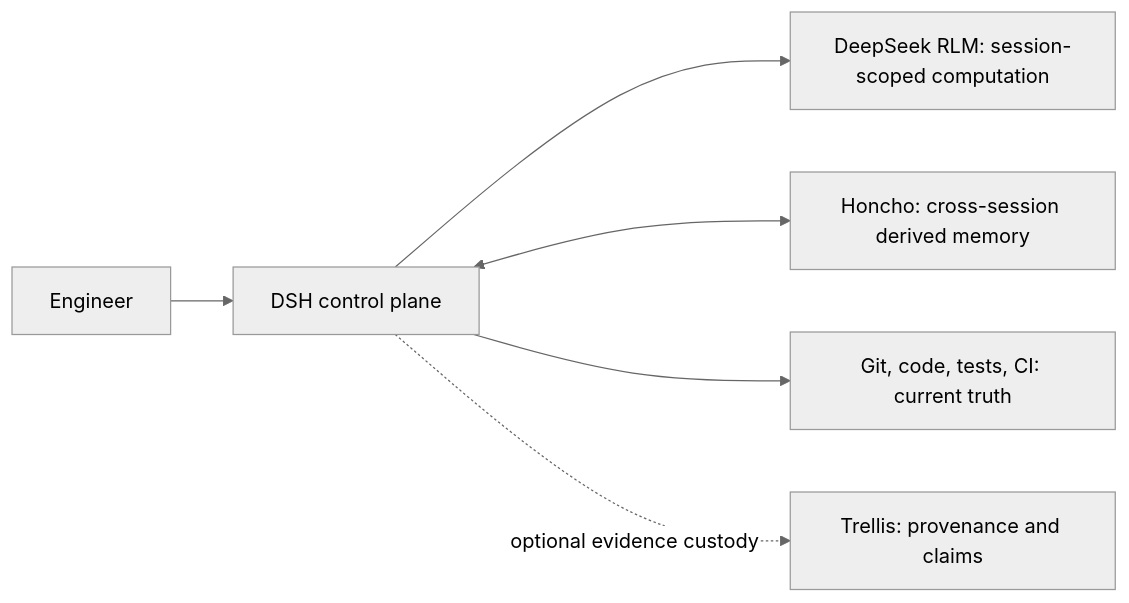
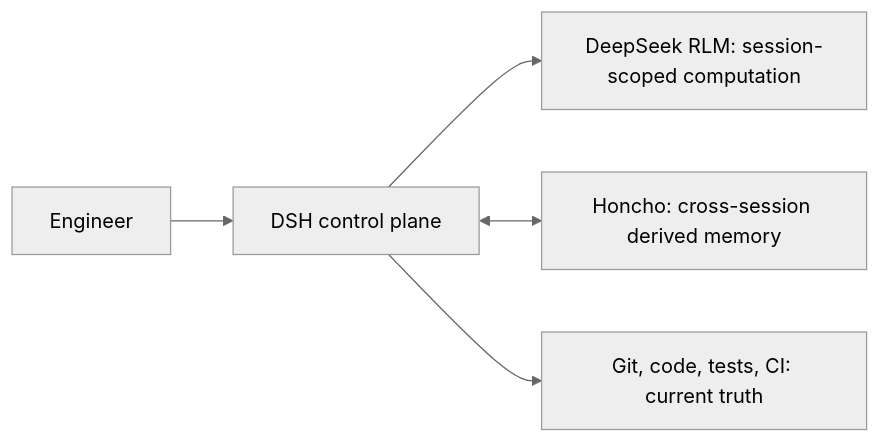
The diagram in README.md (OpenCnid/deepseek-honcho), drawn with Mermaid (neutral theme) before and after one commit. The commit also changed other lines of this file and 2 other files, not shown here.

Commit message:
docs: remove Trellis references (#2)

````diff
--- a/README.md
+++ b/README.md
@@ -18,8 +18,7 @@
 ```mermaid
 flowchart LR
     user["Engineer"] --> dsh["DSH control plane"]
     dsh --> rlm["DeepSeek RLM: session-scoped computation"]
     dsh <--> honcho["Honcho: cross-session derived memory"]
     dsh --> git["Git, code, tests, CI: current truth"]
-    dsh -. "optional evidence custody" .-> trellis["Trellis: provenance and claims"]
 ```
````
